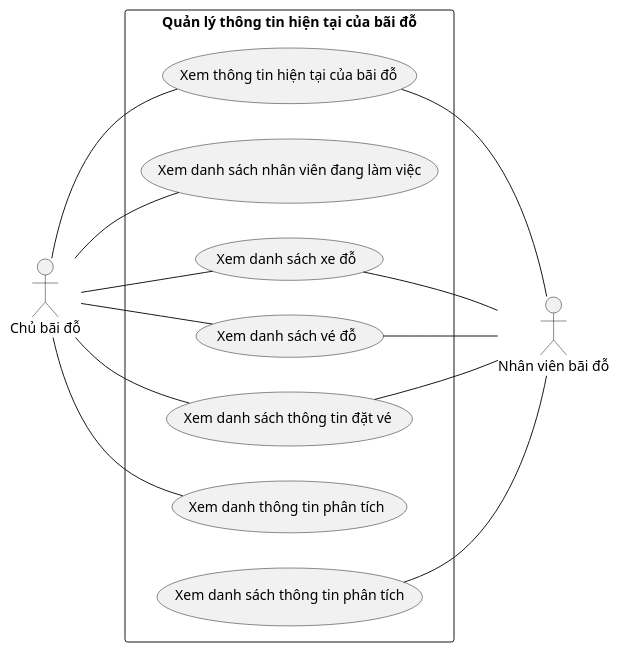
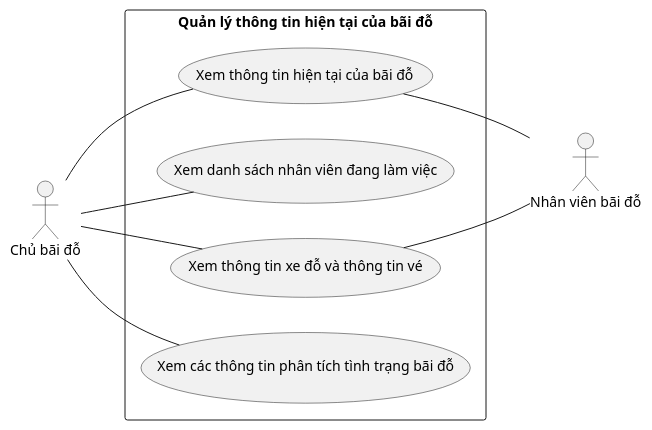
Before and after one commit to hieutbui/graduation-diagram: the diagram in usecase/manage_parking_current_info.wsd, drawn with PlantUML. The commit also changed 3 other files, not shown here.

```diff
--- a/usecase/manage_parking_current_info.wsd
+++ b/usecase/manage_parking_current_info.wsd
@@ -1,25 +1,20 @@
 @startuml manage_parking_current_info
 
 left to right direction
 skinparam packageStyle rect
 
 actor "Chủ bãi đỗ" as ParkingOwner
 actor "Nhân viên bãi đỗ" as ParkingEmployee
 
 rectangle "Quản lý thông tin hiện tại của bãi đỗ" as ManageParkingCurrentInfo {
   'ParkingOwner'
     ParkingOwner -- (Xem thông tin hiện tại của bãi đỗ)
     ParkingOwner -- (Xem danh sách nhân viên đang làm việc)
-    ParkingOwner -- (Xem danh sách xe đỗ)
-    ParkingOwner -- (Xem danh sách vé đỗ)
-    ParkingOwner -- (Xem danh sách thông tin đặt vé)
-    ParkingOwner -- (Xem danh thông tin phân tích)
+    ParkingOwner -- (Xem thông tin xe đỗ và thông tin vé)
+    ParkingOwner -- (Xem các thông tin phân tích tình trạng bãi đỗ)
   'ParkingEmployee'
     (Xem thông tin hiện tại của bãi đỗ) -- ParkingEmployee
-    (Xem danh sách xe đỗ) -- ParkingEmployee
-    (Xem danh sách vé đỗ) -- ParkingEmployee
-    (Xem danh sách thông tin đặt vé) -- ParkingEmployee
-    (Xem danh sách thông tin phân tích) -- ParkingEmployee
+    (Xem thông tin xe đỗ và thông tin vé) -- ParkingEmployee
 }
 
 @enduml
```
